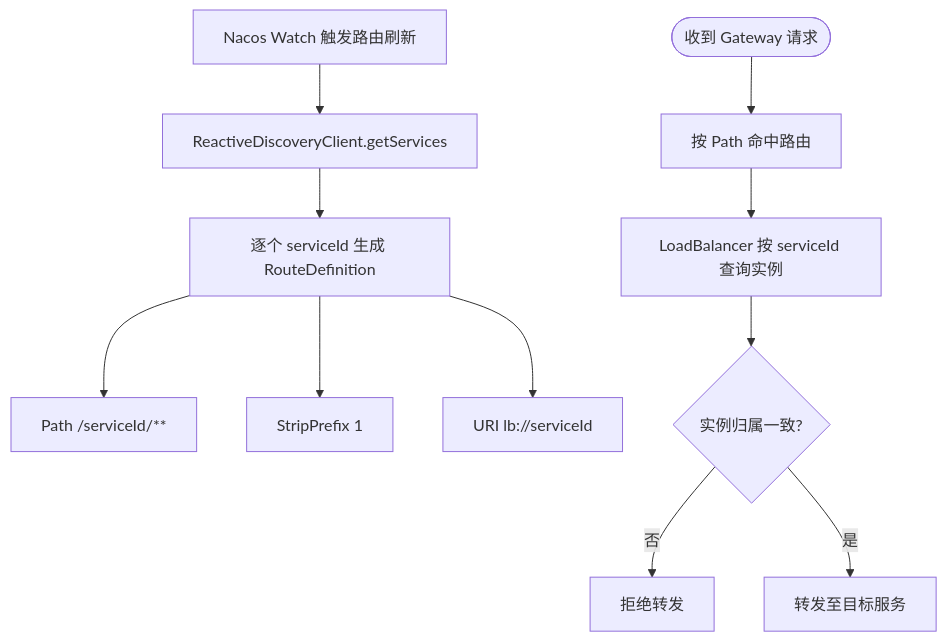
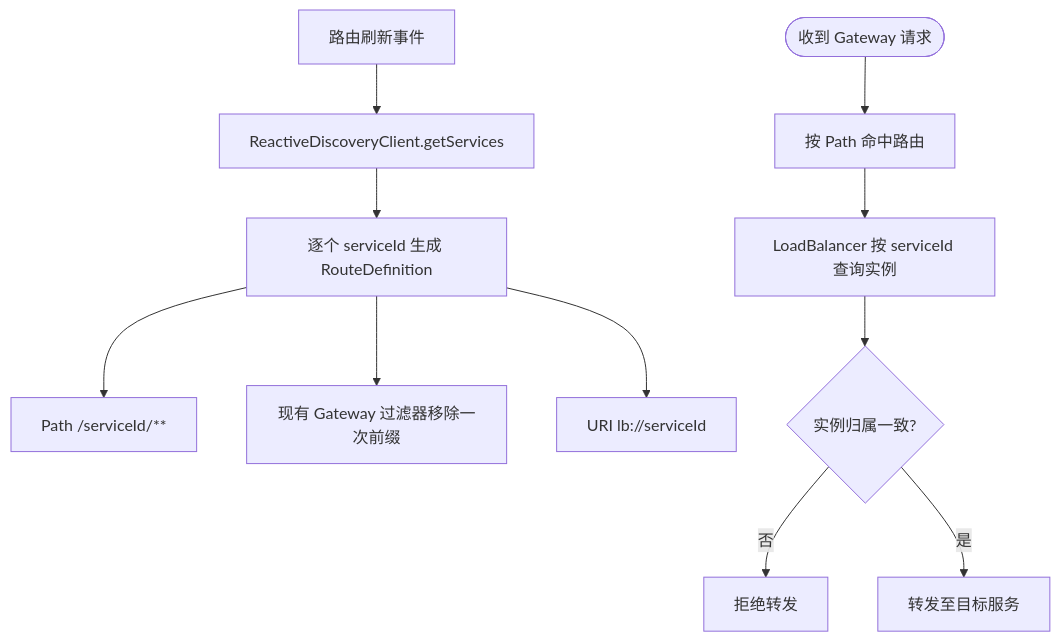
The diagram in doc/requirements/REQ-2026-007-loadbalancer-isolation.md (anInterestingName/SpringBlade), drawn with Mermaid before and after one commit. The commit also changed other lines of this file and 3 other files, not shown here.

````diff
--- a/doc/requirements/REQ-2026-007-loadbalancer-isolation.md
+++ b/doc/requirements/REQ-2026-007-loadbalancer-isolation.md
@@ -62,13 +62,13 @@
 ```mermaid
 flowchart TD
-    A[Nacos Watch 触发路由刷新] --> B[ReactiveDiscoveryClient.getServices]
+    A[路由刷新事件] --> B[ReactiveDiscoveryClient.getServices]
     B --> C[逐个 serviceId 生成 RouteDefinition]
     C --> D[Path /serviceId/**]
-    C --> E[StripPrefix 1]
+    C --> E[现有 Gateway 过滤器移除一次前缀]
     C --> F[URI lb://serviceId]
     G([收到 Gateway 请求]) --> H[按 Path 命中路由]
     H --> I[LoadBalancer 按 serviceId 查询实例]
     I --> J{实例归属一致?}
     J -- 否 --> K[拒绝转发]
     J -- 是 --> L[转发至目标服务]
 ```
````
